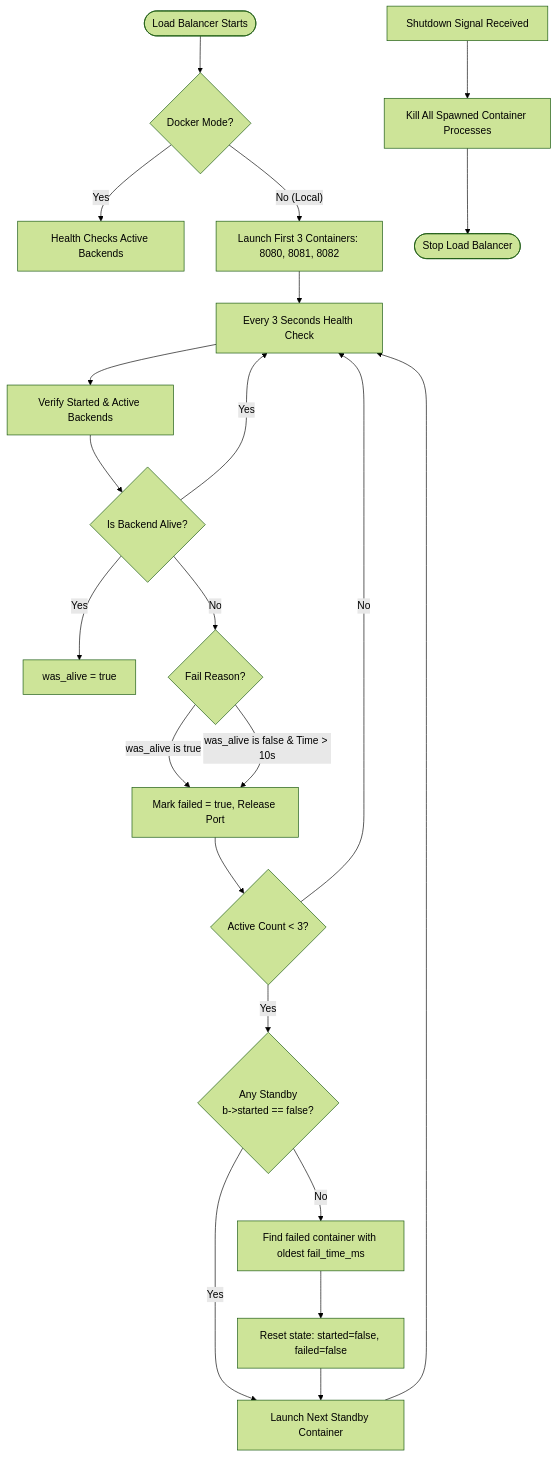
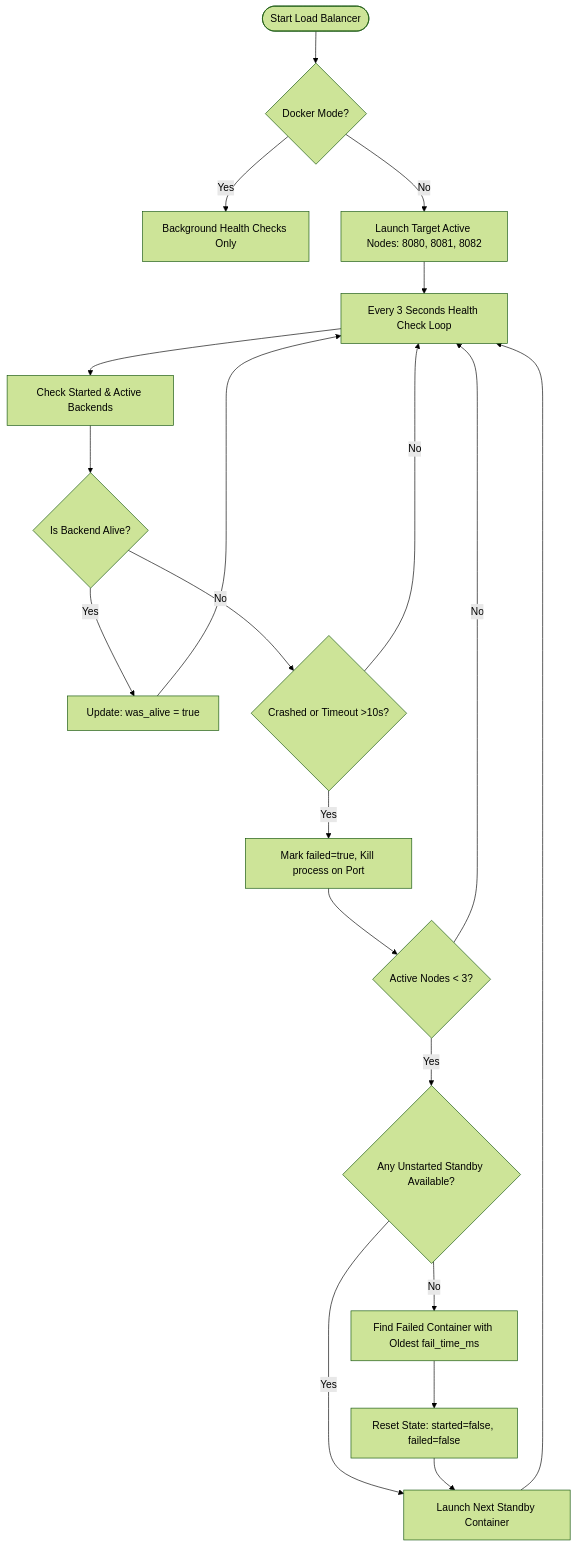
One commit to rohsak5649/LOADbalancer changed the third of 3 diagrams in README.md. Above: the diagram before and after it, drawn with Mermaid (forest theme). The commit also changed other lines of this file, not shown here.

````diff
--- a/README.md
+++ b/README.md
@@ -129,33 +279,27 @@
 ```mermaid
 graph TD
-    Start([Load Balancer Starts]) --> CheckMode{Docker Mode?}
-    CheckMode -- Yes --> HealthChecksOnly[Health Checks Active Backends]
-    CheckMode -- No (Local) --> InitLaunch[Launch First 3 Containers: 8080, 8081, 8082]
+    A([Start Load Balancer]) --> B{Docker Mode?}
+    B -->|Yes| C[Background Health Checks Only]
+    B -->|No| D[Launch Target Active Nodes: 8080, 8081, 8082]
     
-    InitLaunch --> LoopStart[Every 3 Seconds Health Check]
+    D --> E[Every 3 Seconds Health Check Loop]
+    E --> F[Check Started & Active Backends]
     
-    LoopStart --> CheckAlives[Verify Started & Active Backends]
-    CheckAlives --> DetectIssues{Is Backend Alive?}
+    F --> G{Is Backend Alive?}
+    G -->|Yes| H[Update: was_alive = true]
+    H --> E
+    G -->|No| I{Crashed or Timeout >10s?}
     
-    DetectIssues -- Yes --> MarkWasAlive[was_alive = true]
-    DetectIssues -- No --> CheckFailReason{Fail Reason?}
+    I -->|No| E
+    I -->|Yes| J[Mark failed=true, Kill process on Port]
     
-    CheckFailReason -- was_alive is true --> FailMark[Mark failed = true, Release Port]
-    CheckFailReason -- was_alive is false & Time > 10s --> FailMark
+    J --> K{Active Nodes < 3?}
+    K -->|No| E
+    K -->|Yes| L{Any Unstarted Standby Available?}
     
-    FailMark --> ActiveCheck{Active Count < 3?}
-    ActiveCheck -- Yes --> FindStandby{Any Standby <br/> b->started == false?}
-    
-    FindStandby -- Yes --> StartStandby[Launch Next Standby Container]
-    FindStandby -- No --> GetFailed[Find failed container with oldest fail_time_ms]
-    
-    GetFailed --> ResetState[Reset state: started=false, failed=false]
-    ResetState --> StartStandby
-    
-    StartStandby --> LoopStart
-    DetectIssues -- Yes --> LoopStart
-    ActiveCheck -- No --> LoopStart
-    
-    Shutdown[Shutdown Signal Received] --> CleanPorts[Kill All Spawned Container Processes]
-    CleanPorts --> End([Stop Load Balancer])
+    L -->|Yes| M[Launch Next Standby Container]
+    M --> E
+    L -->|No| N[Find Failed Container with Oldest fail_time_ms]
+    N --> O[Reset State: started=false, failed=false]
+    O --> M
 ```
````
